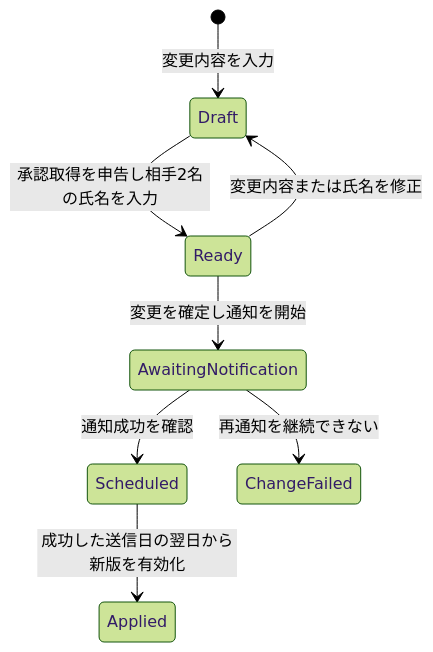
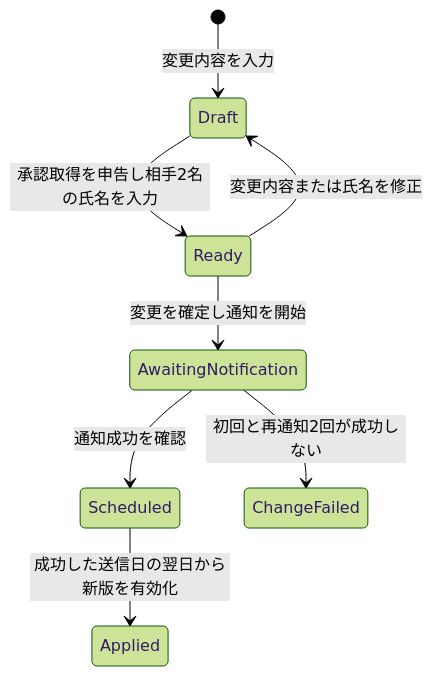
One commit to nto300002/kiiya-cleaning-checker changed the third of 4 diagrams in docs/state-transitions.md. Above: the diagram before and after it, drawn with Mermaid (forest theme). The commit also changed other lines of this file and 3 other files, not shown here.

````diff
--- a/docs/state-transitions.md
+++ b/docs/state-transitions.md
@@ -100,10 +101,10 @@
 ```mermaid
 stateDiagram-v2
     [*] --> Draft: 変更内容を入力
     Draft --> Ready: 承認取得を申告し相手2名の氏名を入力
     Ready --> Draft: 変更内容または氏名を修正
     Ready --> AwaitingNotification: 変更を確定し通知を開始
     AwaitingNotification --> Scheduled: 通知成功を確認
-    AwaitingNotification --> ChangeFailed: 再通知を継続できない
+    AwaitingNotification --> ChangeFailed: 初回と再通知2回が成功しない
     Scheduled --> Applied: 成功した送信日の翌日から新版を有効化
 ```
````
